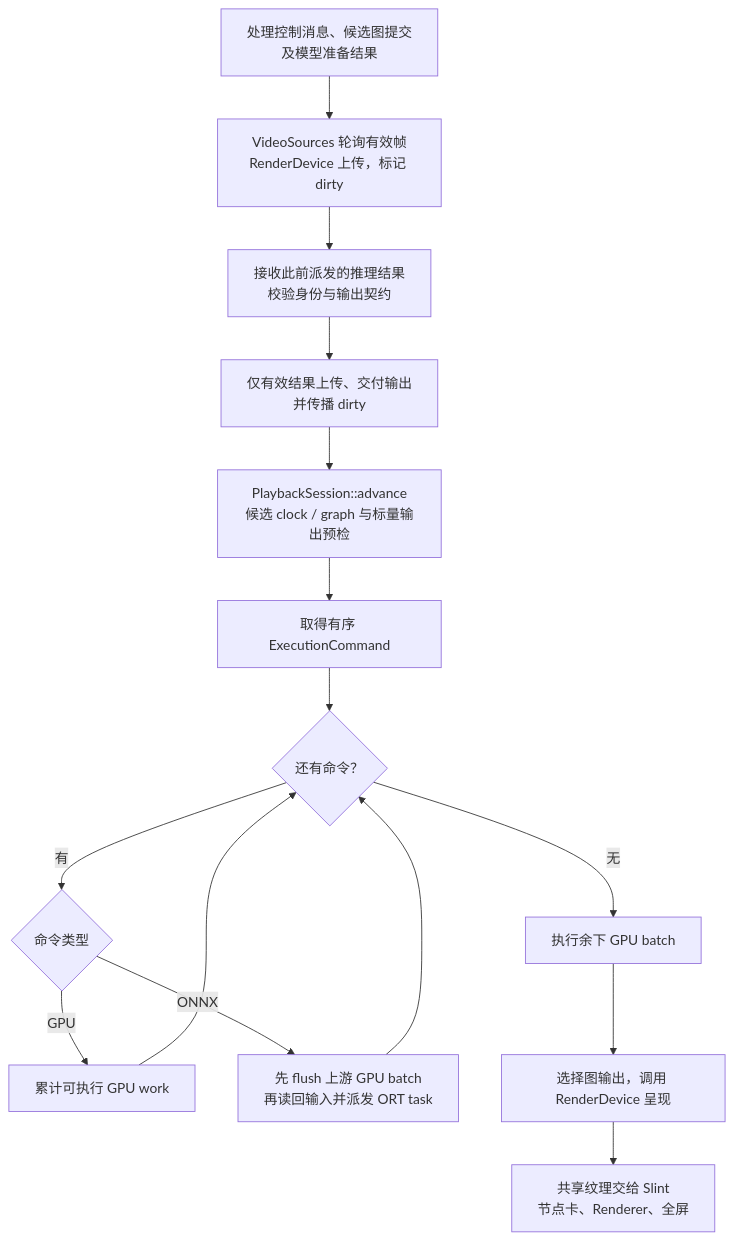
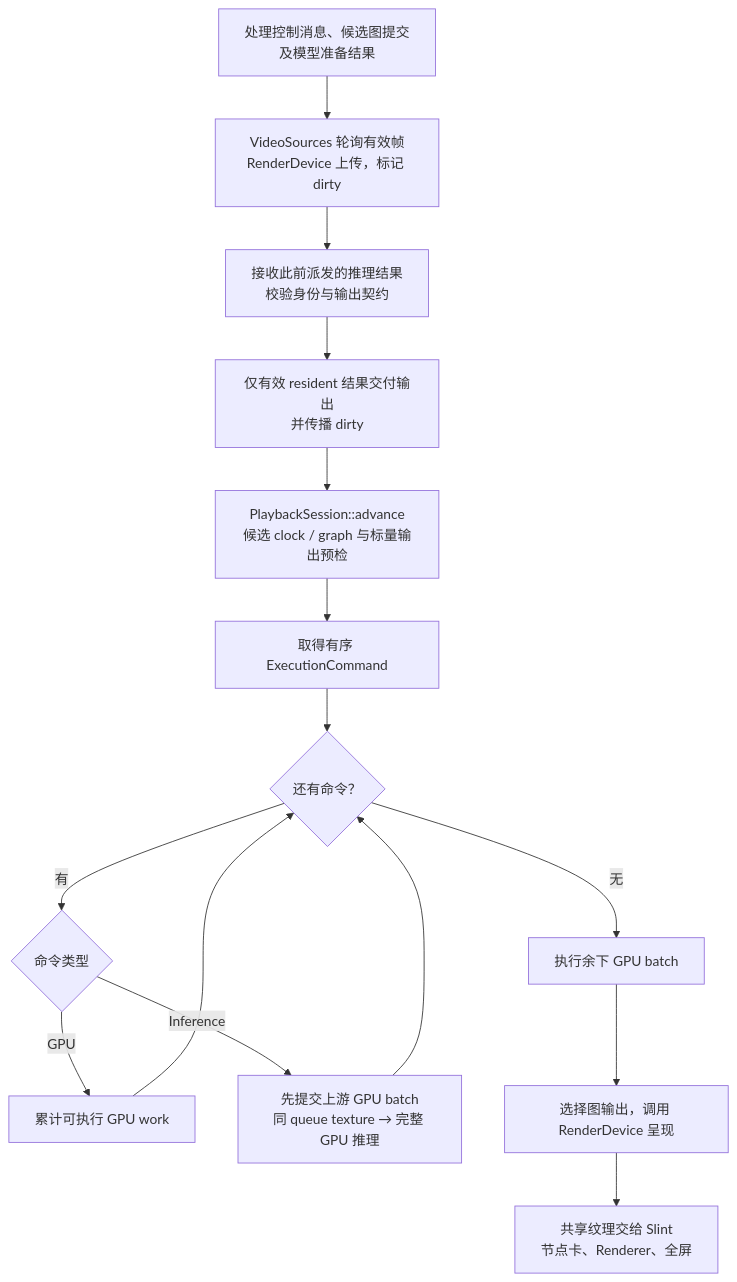
One commit to sanitor/open_quartz changed the fourth of 5 diagrams in docs/DESIGN.md. Above: the diagram before and after it, drawn with Mermaid. The commit also changed other lines of this file and 105 other files, not shown here.

Commit message:
feat: enforce hardware-resident Metal inference and native media

````diff
--- a/docs/DESIGN.md
+++ b/docs/DESIGN.md
@@ -150,24 +158,24 @@
 ```mermaid
 flowchart TD
     CTRL["处理控制消息、候选图提交<br/>及模型准备结果"]
     VIDEO["VideoSources 轮询有效帧<br/>RenderDevice 上传，标记 dirty"]
     COMPLETE["接收此前派发的推理结果<br/>校验身份与输出契约"]
-    ACCEPT["仅有效结果上传、交付输出<br/>并传播 dirty"]
+    ACCEPT["仅有效 resident 结果交付输出<br/>并传播 dirty"]
     ADVANCE["PlaybackSession::advance<br/>候选 clock / graph 与标量输出预检"]
     WORK["取得有序 ExecutionCommand"]
     LOOP{"还有命令？"}
     KIND{"命令类型"}
     BATCH["累计可执行 GPU work"]
-    ONNX["先 flush 上游 GPU batch<br/>再读回输入并派发 ORT task"]
+    INFER["先提交上游 GPU batch<br/>同 queue texture → 完整 GPU 推理"]
     FLUSH["执行余下 GPU batch"]
     PRESENT["选择图输出，调用 RenderDevice 呈现"]
     UI["共享纹理交给 Slint<br/>节点卡、Renderer、全屏"]
 
     CTRL --> VIDEO --> COMPLETE --> ACCEPT --> ADVANCE --> WORK --> LOOP
     LOOP -->|有| KIND
     KIND -->|GPU| BATCH
-    KIND -->|ONNX| ONNX
+    KIND -->|Inference| INFER
     BATCH --> LOOP
-    ONNX --> LOOP
+    INFER --> LOOP
     LOOP -->|无| FLUSH --> PRESENT --> UI
 ```
````
